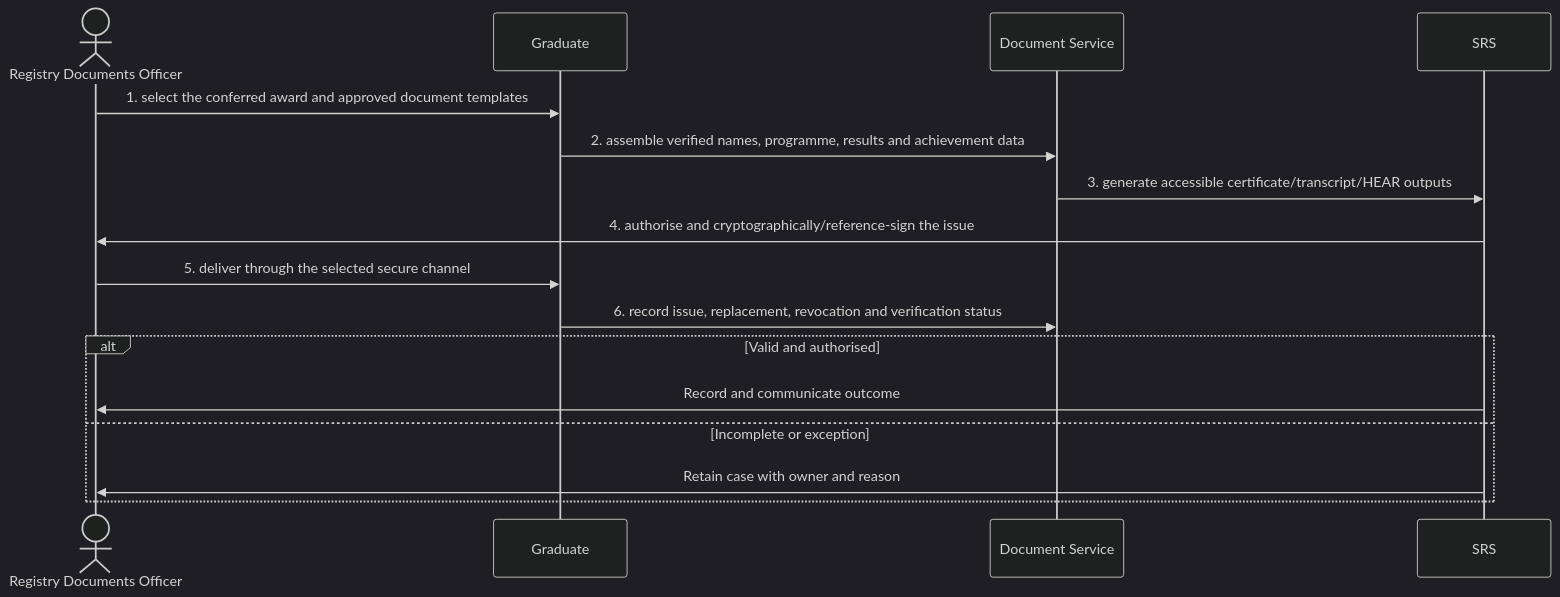
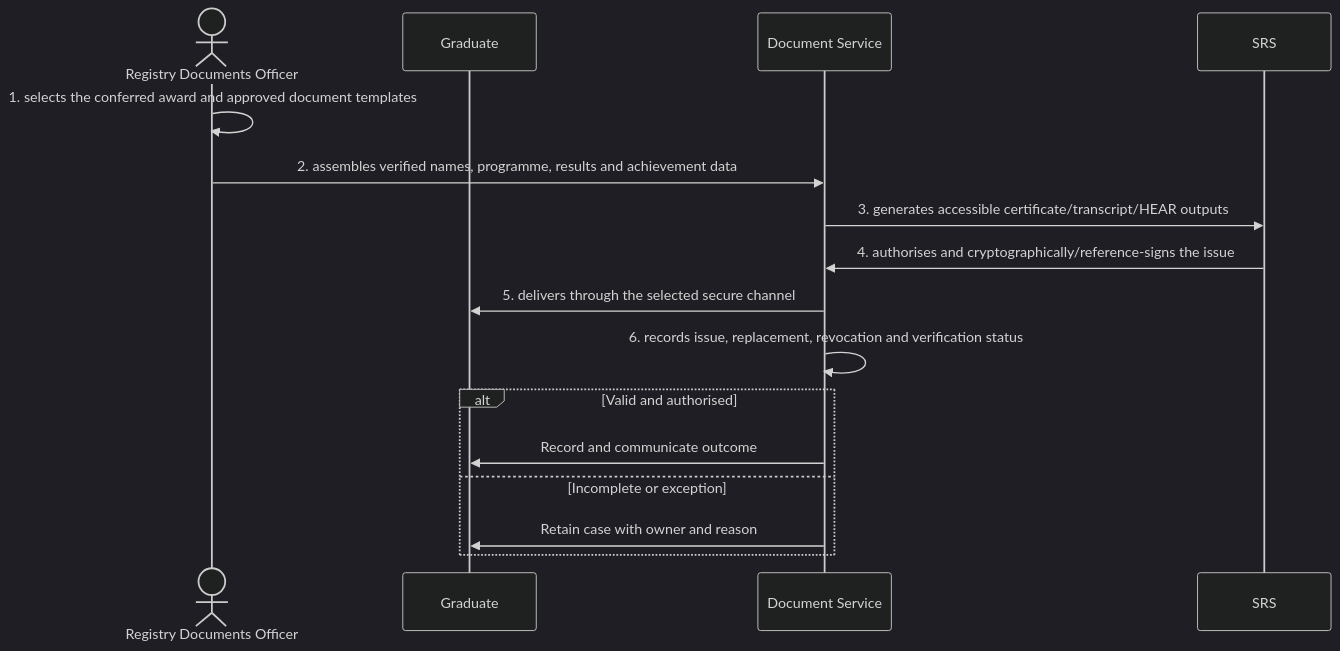
The diagram in docs/business-processes/06-progression-awards-and-graduation/bp-06-004-issue-award-documentation-and-hear.md (RevelationCore/Revelation-SRS), drawn with Mermaid (dark theme) before and after one commit. The commit also changed other lines of this file and 96 other files, not shown here.

````diff
--- a/docs/business-processes/06-progression-awards-and-graduation/bp-06-004-issue-award-documentation-and-hear.md
+++ b/docs/business-processes/06-progression-awards-and-graduation/bp-06-004-issue-award-documentation-and-hear.md
@@ -158,18 +158,18 @@
 ```mermaid
 sequenceDiagram
     actor A1 as Registry Documents Officer
     participant A2 as Graduate
     participant A3 as Document Service
     participant A4 as SRS
-    A1->>A2: 1. select the conferred award and approved document templates
-    A2->>A3: 2. assemble verified names, programme, results and achievement data
-    A3->>A4: 3. generate accessible certificate/transcript/HEAR outputs
-    A4->>A1: 4. authorise and cryptographically/reference-sign the issue
-    A1->>A2: 5. deliver through the selected secure channel
-    A2->>A3: 6. record issue, replacement, revocation and verification status
+    A1->>A1: 1. selects the conferred award and approved document templates
+    A1->>A3: 2. assembles verified names, programme, results and achievement data
+    A3->>A4: 3. generates accessible certificate/transcript/HEAR outputs
+    A4->>A3: 4. authorises and cryptographically/reference-signs the issue
+    A3->>A2: 5. delivers through the selected secure channel
+    A3->>A3: 6. records issue, replacement, revocation and verification status
     alt Valid and authorised
-        A4->>A1: Record and communicate outcome
+        A3->>A2: Record and communicate outcome
     else Incomplete or exception
-        A4->>A1: Retain case with owner and reason
+        A3->>A2: Retain case with owner and reason
     end
 ```
````
